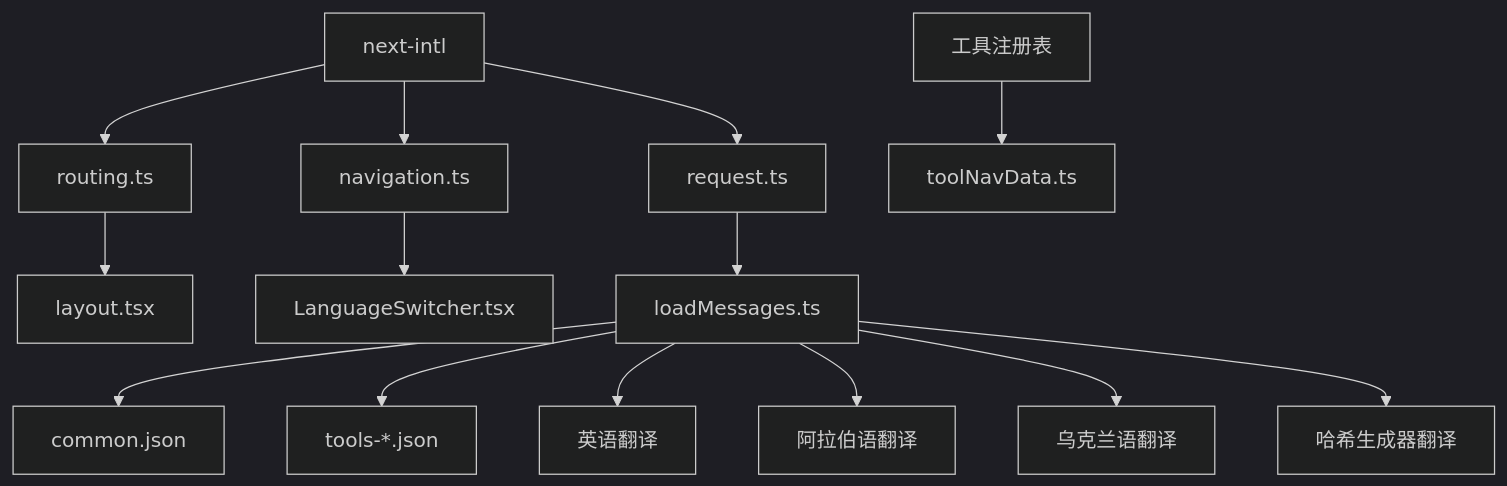
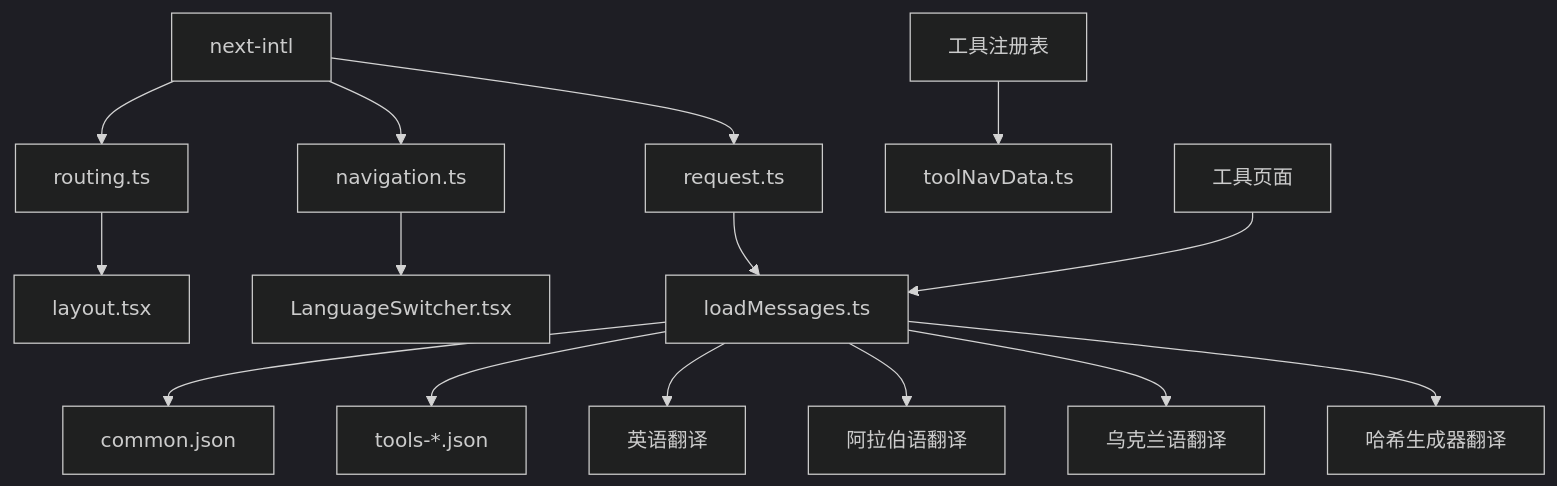
The tenth of 10 diagrams in .qoder/repowiki/zh/content/国际化系统.md (sgyy/privadeck), drawn with Mermaid (dark theme) before and after one commit. The commit also changed other lines of this file and 3 other files, not shown here.

````diff
--- a/.qoder/repowiki/zh/content/国际化系统.md
+++ b/.qoder/repowiki/zh/content/国际化系统.md
@@ -391,16 +442,17 @@
 ```mermaid
 graph TB
 NEXTINTL["next-intl"] --> ROUTING["routing.ts"]
 NEXTINTL --> NAV["navigation.ts"]
 NEXTINTL --> REQUEST["request.ts"]
 ROUTING --> LAYOUT["layout.tsx"]
 NAV --> SWITCHER["LanguageSwitcher.tsx"]
 REQUEST --> LOAD["loadMessages.ts"]
 LOAD --> COMMON["common.json"]
 LOAD --> TOOLS["tools-*.json"]
 LOAD --> EN["英语翻译"]
 LOAD --> AR["阿拉伯语翻译"]
 LOAD --> UK["乌克兰语翻译"]
 LOAD --> HASH["哈希生成器翻译"]
 REGISTRY["工具注册表"] --> TOOLNAV["toolNavData.ts"]
+TOOLPAGE["工具页面"] --> LOAD
 ```
````
